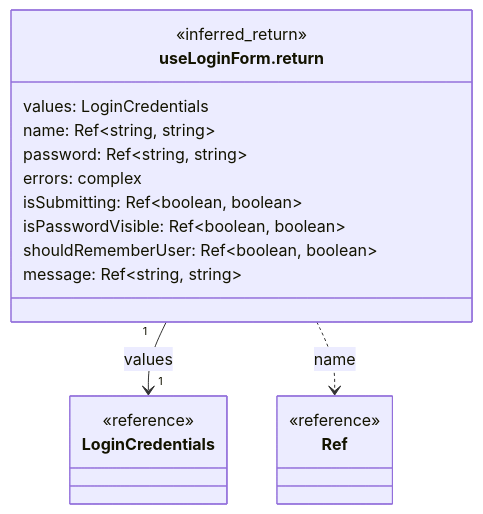
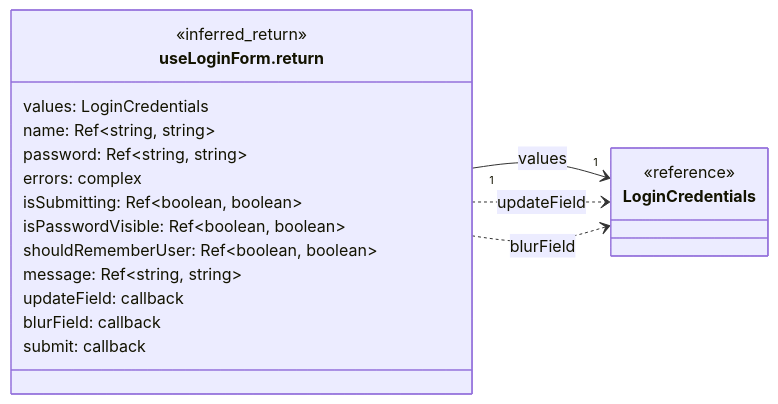
One commit to gpgsistemas01/nexus changed diagram 14 of 21 in front/docs/architecture/views/logical/type-reference/auth.md. Above: the diagram before and after it, drawn with Mermaid. The commit also changed other lines of this file and 37 other files, not shown here.

Commit message:
docs: depurar diagramas y conservar contratos propios del frontend

````diff
--- a/front/docs/architecture/views/logical/type-reference/auth.md
+++ b/front/docs/architecture/views/logical/type-reference/auth.md
@@ -474,23 +393,24 @@
 ```mermaid
 classDiagram
-    direction TB
+    direction LR
     class Subject["useLoginForm.return"] {
         <<inferred_return>>
         values: LoginCredentials
         name: Ref~string, string~
         password: Ref~string, string~
         errors: complex
         isSubmitting: Ref~boolean, boolean~
         isPasswordVisible: Ref~boolean, boolean~
         shouldRememberUser: Ref~boolean, boolean~
         message: Ref~string, string~
+        updateField: callback
+        blurField: callback
+        submit: callback
     }
     class R0["LoginCredentials"] {
         <<reference>>
     }
-    class R1["Ref"] {
-        <<reference>>
-    }
     Subject "1" --> "1" R0 : values
-    Subject ..> R1 : name
+    Subject ..> R0 : updateField
+    Subject ..> R0 : blurField
 ```
````
